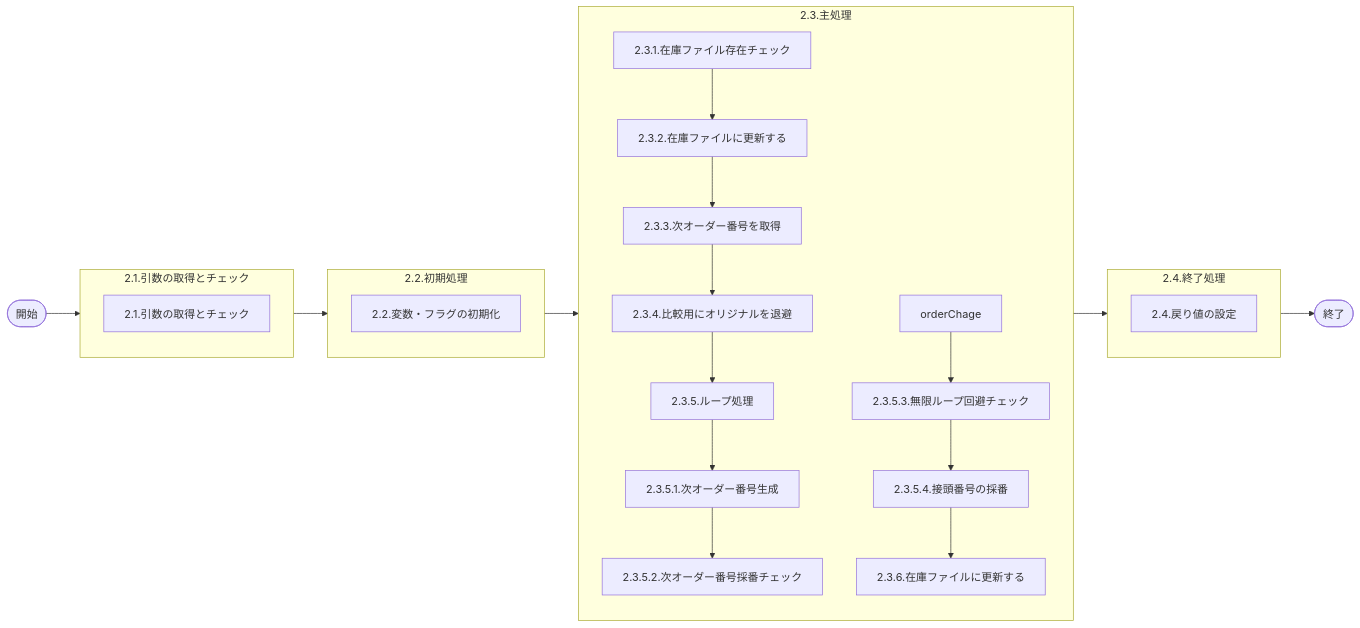
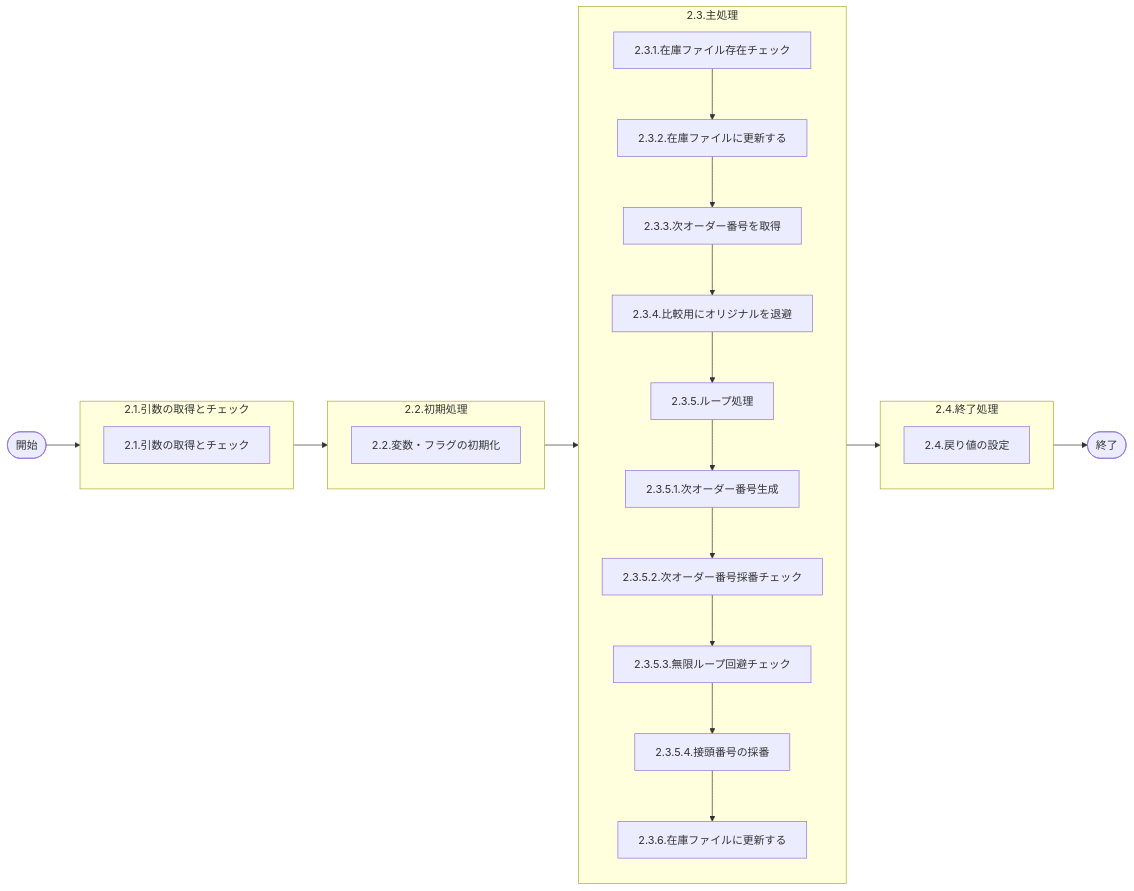
Before and after one commit to huangyiyong-xm/GIMAC_IC_design: the diagram in LDYS0003_詳細設計_オーダー番号採番.md, drawn with Mermaid. The commit also changed other lines of this file and 3 other files, not shown here.

````diff
--- a/LDYS0003_詳細設計_オーダー番号採番.md
+++ b/LDYS0003_詳細設計_オーダー番号採番.md
@@ -21,37 +21,37 @@
 ```mermaid
 flowchart LR
    %% メインフローブランチ
    start(["開始"]) --> argBlock --> initBlock --> mainBlock --> endBlock --> endStatus(["終了"])
  
    %% 引数処理詳細フロー
    subgraph argBlock ["2.1.引数の取得とチェック"]
      arg_process_and_check["<div style='white-space: nowrap;'>2.1.引数の取得とチェック</div>"]
    end
  
    %% 初期処理詳細フロー
    subgraph initBlock ["2.2.初期処理"]
       init_process["<div style='white-space: nowrap;'>2.2.変数・フラグの初期化</div>"]
    end
  
    %% 主処理詳細フロー
    subgraph mainBlock ["2.3.主処理"]
      main_process["<div style='white-space: nowrap;'>2.3.1.在庫ファイル存在チェック</div>"]
      main_process --> update["<div style='white-space: nowrap;'>2.3.2.在庫ファイルに更新する</div>"]
      update --> flag_setting["<div style='white-space: nowrap;'>2.3.3.次オーダー番号を取得</div>"]
      flag_setting --> type_validation["<div style='white-space: nowrap;'>2.3.4.比較用にオリジナルを退避</div>"]
      type_validation --> class_validation["<div style='white-space: nowrap;'>2.3.5.ループ処理</div>"]
      class_validation --> orderNoGet["<div style='white-space: nowrap;'>2.3.5.1.次オーダー番号生成</div>"]
      orderNoGet --> exisitCheck["<div style='white-space: nowrap;'>2.3.5.2.次オーダー番号採番チェック</div>"]
-     orderChage --> loopCheck["<div style='white-space: nowrap;'>2.3.5.3.無限ループ回避チェック</div>"]
+     exisitCheck --> loopCheck["<div style='white-space: nowrap;'>2.3.5.3.無限ループ回避チェック</div>"]
      loopCheck --> headerNo["<div style='white-space: nowrap;'>2.3.5.4.接頭番号の採番</div>"]
      headerNo --> reUpdate["<div style='white-space: nowrap;'>2.3.6.在庫ファイルに更新する</div>"]
    end
  
    %% 終了処理
    subgraph endBlock ["2.4.終了処理"]
      end_process["<div style='white-space: nowrap;'>2.4.戻り値の設定</div>"]
    end
  
    class start,end_process startEnd
    class arg_process,init_process,main_process process
 ```
````
